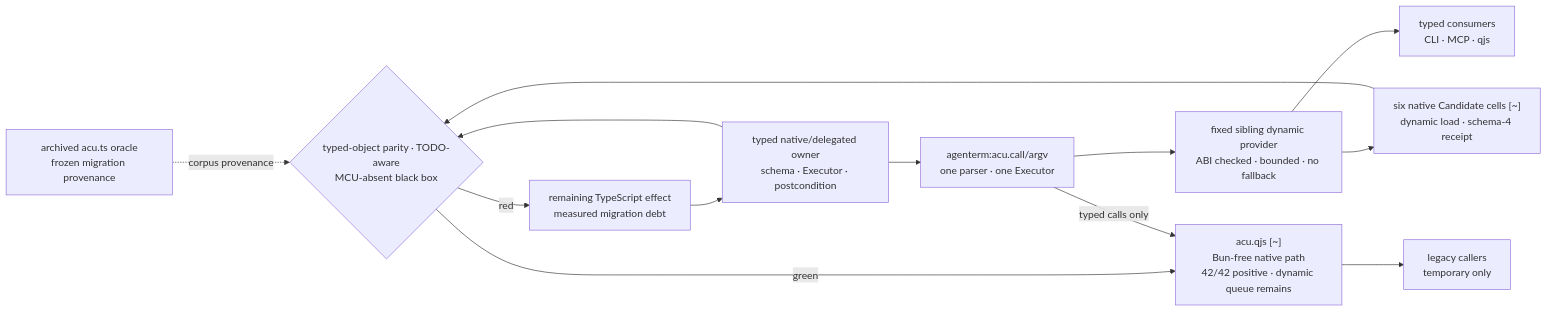
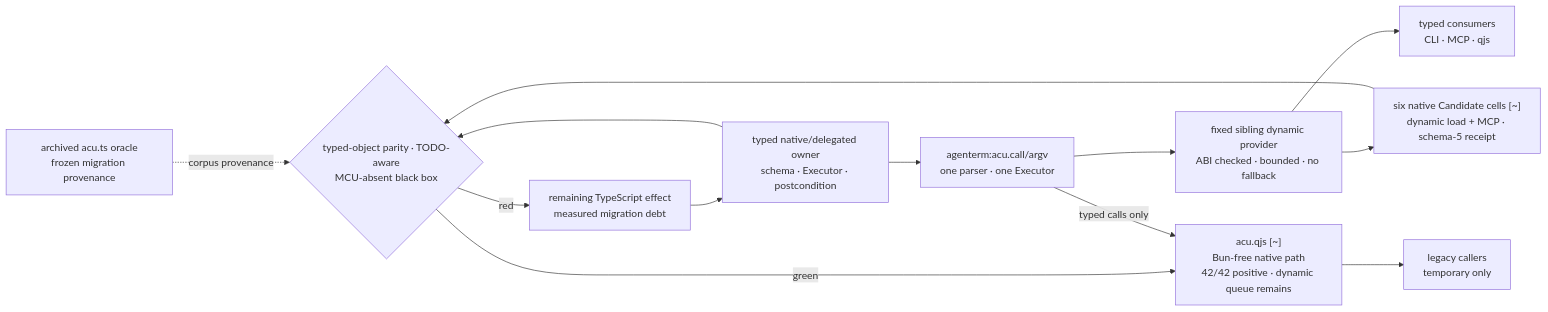
The first of 19 diagrams in prd/PRD_02_28_agenterm_cu.md (partnernetsoftware/agenterm), drawn with Mermaid before and after one commit. The commit also changed other lines of this file and 11 other files, not shown here.

Commit message:
cu: seal MCP provider smoke into six-cell court

````diff
--- a/prd/PRD_02_28_agenterm_cu.md
+++ b/prd/PRD_02_28_agenterm_cu.md
@@ -191,20 +194,20 @@
   ```mermaid
   flowchart LR
     TS["archived acu.ts oracle<br/>frozen migration provenance"]
     OWNER["typed native/delegated owner<br/>schema · Executor · postcondition"]
     OBJ["agenterm:acu.call/argv<br/>one parser · one Executor"]
     PROVIDER["fixed sibling dynamic provider<br/>ABI checked · bounded · no fallback"]
-    COURT["six native Candidate cells [~]<br/>dynamic load · schema-4 receipt"]
+    COURT["six native Candidate cells [~]<br/>dynamic load + MCP · schema-5 receipt"]
     GATE{"typed-object parity · TODO-aware<br/>MCU-absent black box"}
     QJS["acu.qjs [~]<br/>Bun-free native path<br/>42/42 positive · dynamic queue remains"]
     USERS["typed consumers<br/>CLI · MCP · qjs"]
     LEGACY["legacy callers<br/>temporary only"]
     DEBT["remaining TypeScript effect<br/>measured migration debt"]
     OWNER --> OBJ --> PROVIDER --> USERS
     PROVIDER --> COURT --> GATE
     TS -. corpus provenance .-> GATE
     OWNER --> GATE
     GATE -->|red| DEBT --> OWNER
     GATE -->|green| QJS --> LEGACY
     OBJ -->|typed calls only| QJS
   ```
````
